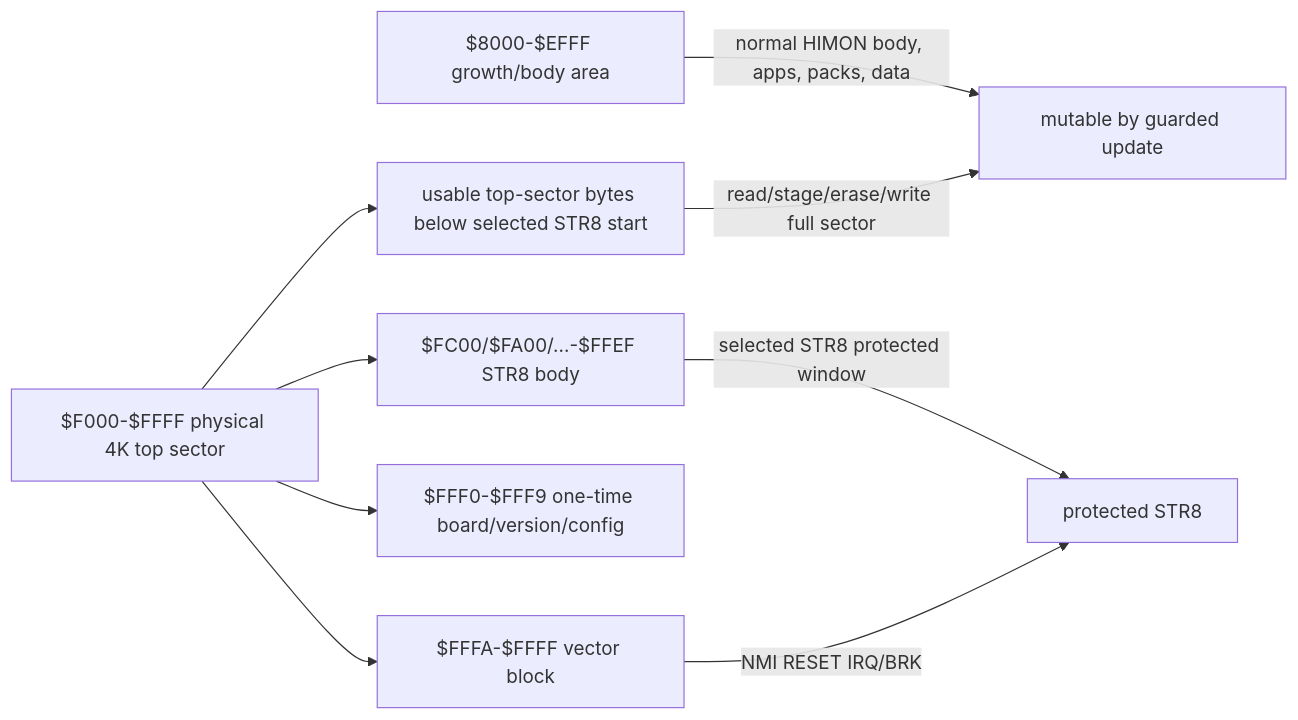
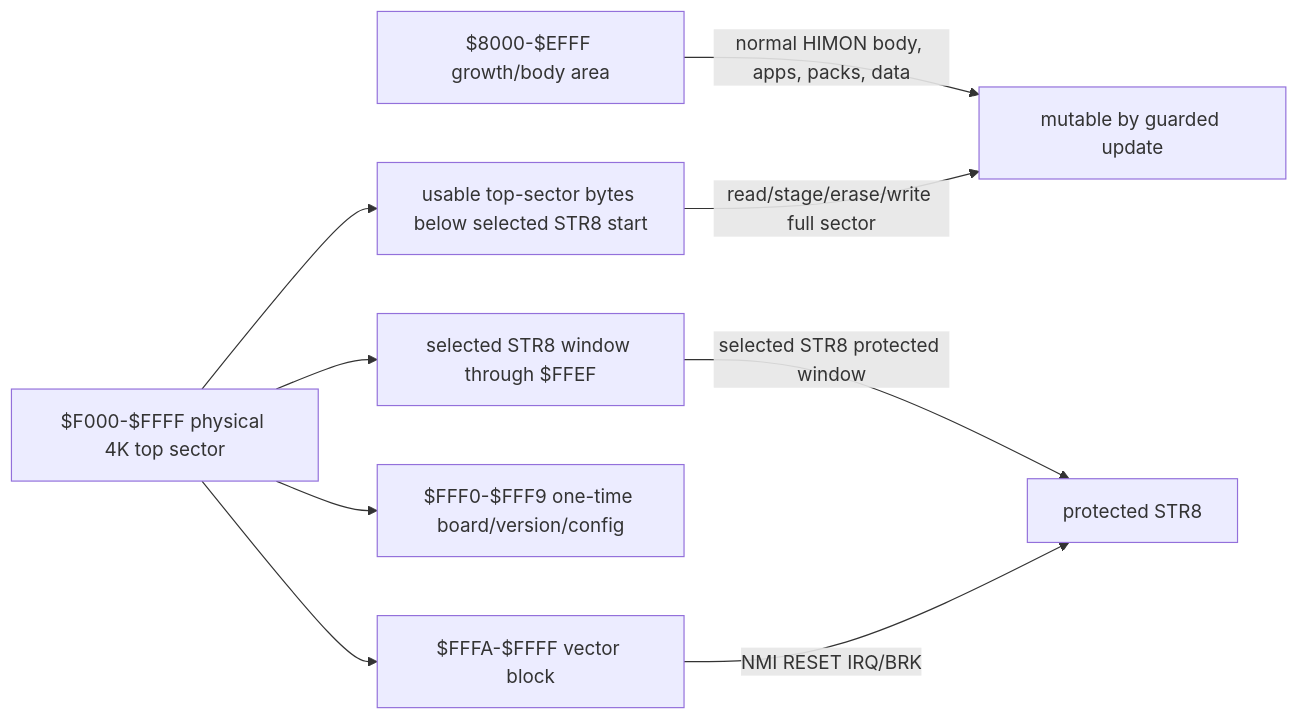
Before and after one commit to 95westus/R-YORS: the third of 3 diagrams in DOC/GUIDES/STR8/STR8.md, drawn with Mermaid. The commit also changed other lines of this file and 126 other files, not shown here.

````diff
--- a/DOC/GUIDES/STR8/STR8.md
+++ b/DOC/GUIDES/STR8/STR8.md
@@ -674,18 +681,18 @@
 ```mermaid
 flowchart LR
     GROWTH[$8000-$EFFF growth/body area]
     TOP[$F000-$FFFF physical 4K top sector]
     FREE[usable top-sector bytes below selected STR8 start]
-    STR8CODE[$FC00/$FA00/...-$FFEF STR8 body]
+    STR8CODE[selected STR8 window through $FFEF]
     FLASH10[$FFF0-$FFF9 one-time board/version/config]
     VECTORS[$FFFA-$FFFF vector block]
 
     GROWTH -->|normal HIMON body, apps, packs, data| HIMONBODY[mutable by guarded update]
     TOP --> FREE
     TOP --> STR8CODE
     TOP --> FLASH10
     TOP --> VECTORS
     FREE -->|read/stage/erase/write full sector| HIMONBODY
     STR8CODE -->|selected STR8 protected window| ANCHOR[protected STR8]
     VECTORS -->|NMI RESET IRQ/BRK| ANCHOR
 ```
````
